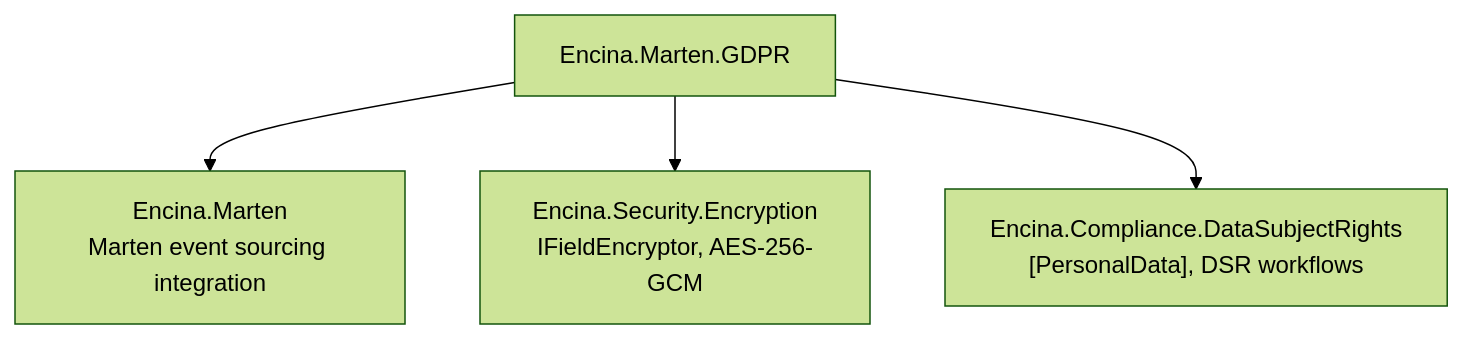
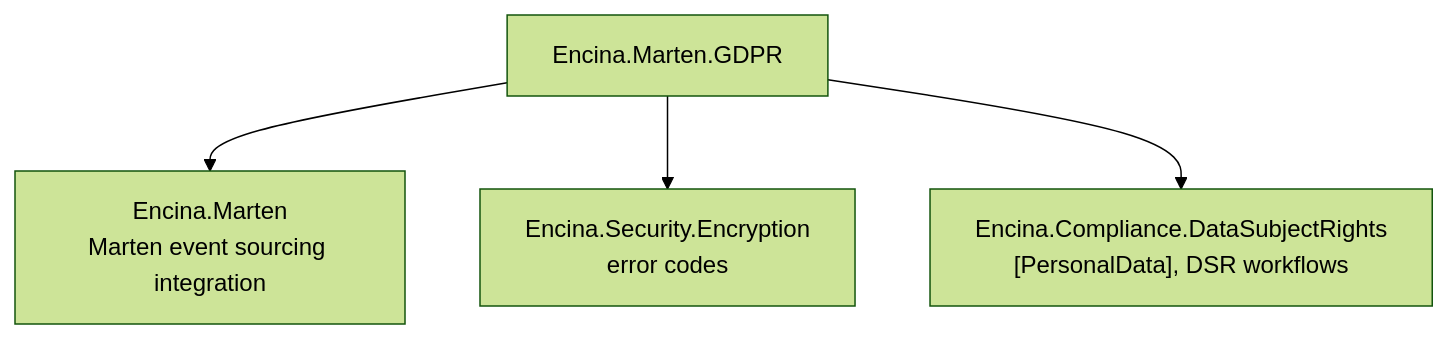
One commit to dlrivada/Encina changed the first of 5 diagrams in docs/features/crypto-shredding.md. Above: the diagram before and after it, drawn with Mermaid (forest theme). The commit also changed other lines of this file and 4 other files, not shown here.

````diff
--- a/docs/features/crypto-shredding.md
+++ b/docs/features/crypto-shredding.md
@@ -103,7 +107,7 @@
 ```mermaid
 flowchart TB
     GDPR["Encina.Marten.GDPR"]
     GDPR --> Marten["Encina.Marten<br/>Marten event sourcing integration"]
-    GDPR --> Encryption["Encina.Security.Encryption<br/>IFieldEncryptor, AES-256-GCM"]
+    GDPR --> Encryption["Encina.Security.Encryption<br/>error codes"]
     GDPR --> DSR["Encina.Compliance.DataSubjectRights<br/>[PersonalData], DSR workflows"]
 ```
````
